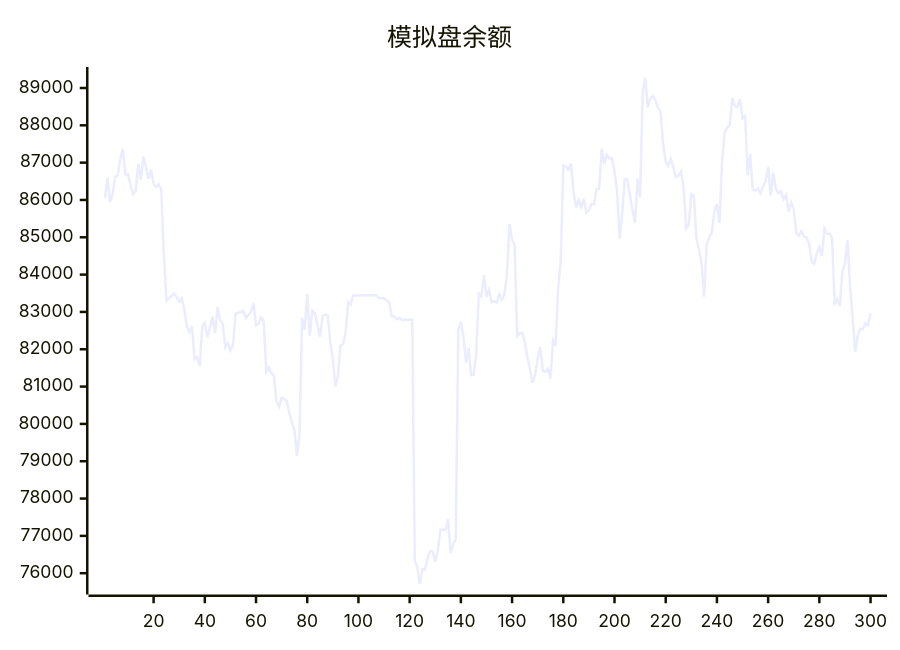
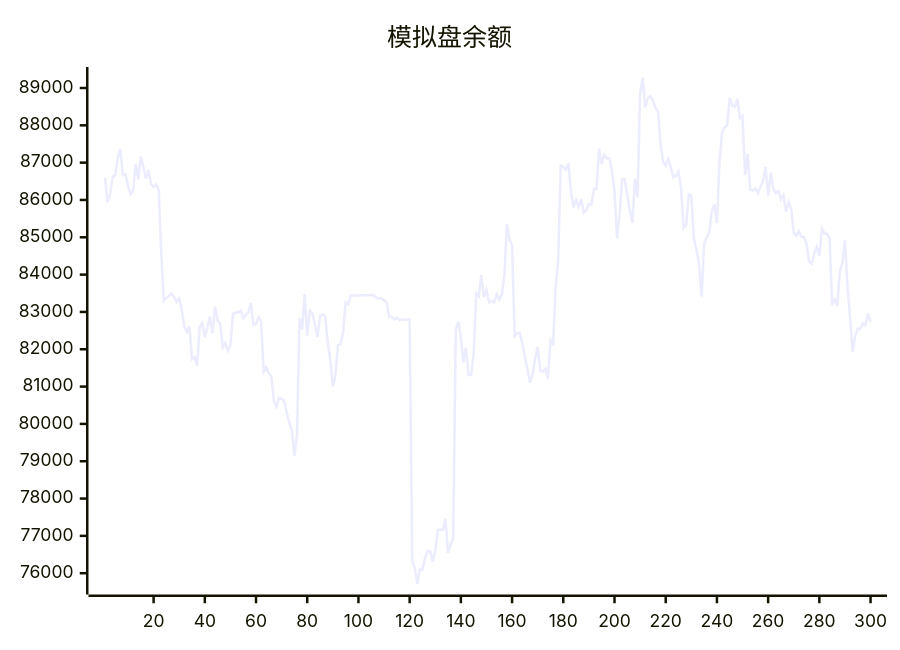
Before and after one commit to aahl/ai-trading: the diagram in README.md, drawn with Mermaid. The commit also changed other lines of this file and 1 other file, not shown here.

````diff
--- a/README.md
+++ b/README.md
@@ -5,5 +5,5 @@
 ```mermaid
 xychart
     title "模拟盘余额"
-    line [86046,86599,85942,86161,86622,86664,87115,87369,86666,86685,86384,86152,86243,86969,86548,87164,86885,86566,86809,86427,86348,86417,86273,84538,83299,83369,83430,83490,83404,83270,83362,83056,82605,82459,82614,81734,81788,81551,82598,82702,82320,82580,82878,82426,83139,82778,82686,82056,82166,81963,82110,82951,82983,82984,83038,82838,82915,82998,83235,82642,82682,82858,82746,81396,81512,81362,81277,80600,80461,80699,80673,80616,80288,80038,79836,79142,79722,82837,82533,83480,82366,83032,82960,82654,82330,82883,82934,82901,82188,81728,81005,81298,82110,82135,82449,83264,83203,83440,83439,83440,83440,83446,83447,83448,83447,83448,83449,83369,83369,83369,83313,83256,82872,82873,82801,82844,82785,82791,82791,82793,82794,76339,76145,75714,76110,76096,76397,76594,76585,76310,76607,77160,77170,77160,77456,76541,76774,76927,82520,82744,82337,81639,82040,81307,81314,81887,83490,83414,83984,83396,83594,83261,83287,83253,83470,83327,83465,83987,85348,84930,84786,82355,82433,82438,82167,81795,81466,81105,81315,81756,82064,81426,81398,81481,81210,82242,82099,83658,84359,86925,86892,86814,86980,86203,85802,86003,85811,86028,85657,85721,85896,85880,86300,86299,87378,86965,87214,87115,87118,86780,86238,84966,85623,86555,86562,86129,85722,85387,86569,86070,88870,89278,88477,88720,88781,88668,88467,88372,87493,87018,86917,87102,86870,86613,86644,86758,86317,85242,85334,86149,86106,84968,84671,84302,83410,84816,85001,85127,85693,85891,85384,87001,87811,87945,88007,88734,88528,88495,88705,88189,88248,86662,87234,86279,86251,86314,86177,86364,86503,86886,86114,86731,86310,86176,86240,86017,86136,85685,85938,85749,85111,85044,85164,85016,85008,84824,84354,84287,84572,84745,84500,85234,85096,85095,84970,83180,83338,83157,84070,84309,84922,83667,82850,81924,82369,82552,82539,82695,82648,82962]
+    line [86599,85942,86161,86622,86664,87115,87369,86666,86685,86384,86152,86243,86969,86548,87164,86885,86566,86809,86427,86348,86417,86273,84538,83299,83369,83430,83490,83404,83270,83362,83056,82605,82459,82614,81734,81788,81551,82598,82702,82320,82580,82878,82426,83139,82778,82686,82056,82166,81963,82110,82951,82983,82984,83038,82838,82915,82998,83235,82642,82682,82858,82746,81396,81512,81362,81277,80600,80461,80699,80673,80616,80288,80038,79836,79142,79722,82837,82533,83480,82366,83032,82960,82654,82330,82883,82934,82901,82188,81728,81005,81298,82110,82135,82449,83264,83203,83440,83439,83440,83440,83446,83447,83448,83447,83448,83449,83369,83369,83369,83313,83256,82872,82873,82801,82844,82785,82791,82791,82793,82794,76339,76145,75714,76110,76096,76397,76594,76585,76310,76607,77160,77170,77160,77456,76541,76774,76927,82520,82744,82337,81639,82040,81307,81314,81887,83490,83414,83984,83396,83594,83261,83287,83253,83470,83327,83465,83987,85348,84930,84786,82355,82433,82438,82167,81795,81466,81105,81315,81756,82064,81426,81398,81481,81210,82242,82099,83658,84359,86925,86892,86814,86980,86203,85802,86003,85811,86028,85657,85721,85896,85880,86300,86299,87378,86965,87214,87115,87118,86780,86238,84966,85623,86555,86562,86129,85722,85387,86569,86070,88870,89278,88477,88720,88781,88668,88467,88372,87493,87018,86917,87102,86870,86613,86644,86758,86317,85242,85334,86149,86106,84968,84671,84302,83410,84816,85001,85127,85693,85891,85384,87001,87811,87945,88007,88734,88528,88495,88705,88189,88248,86662,87234,86279,86251,86314,86177,86364,86503,86886,86114,86731,86310,86176,86240,86017,86136,85685,85938,85749,85111,85044,85164,85016,85008,84824,84354,84287,84572,84745,84500,85234,85096,85095,84970,83180,83338,83157,84070,84309,84922,83667,82850,81924,82369,82552,82539,82695,82648,82962,82728]
 ```
````
